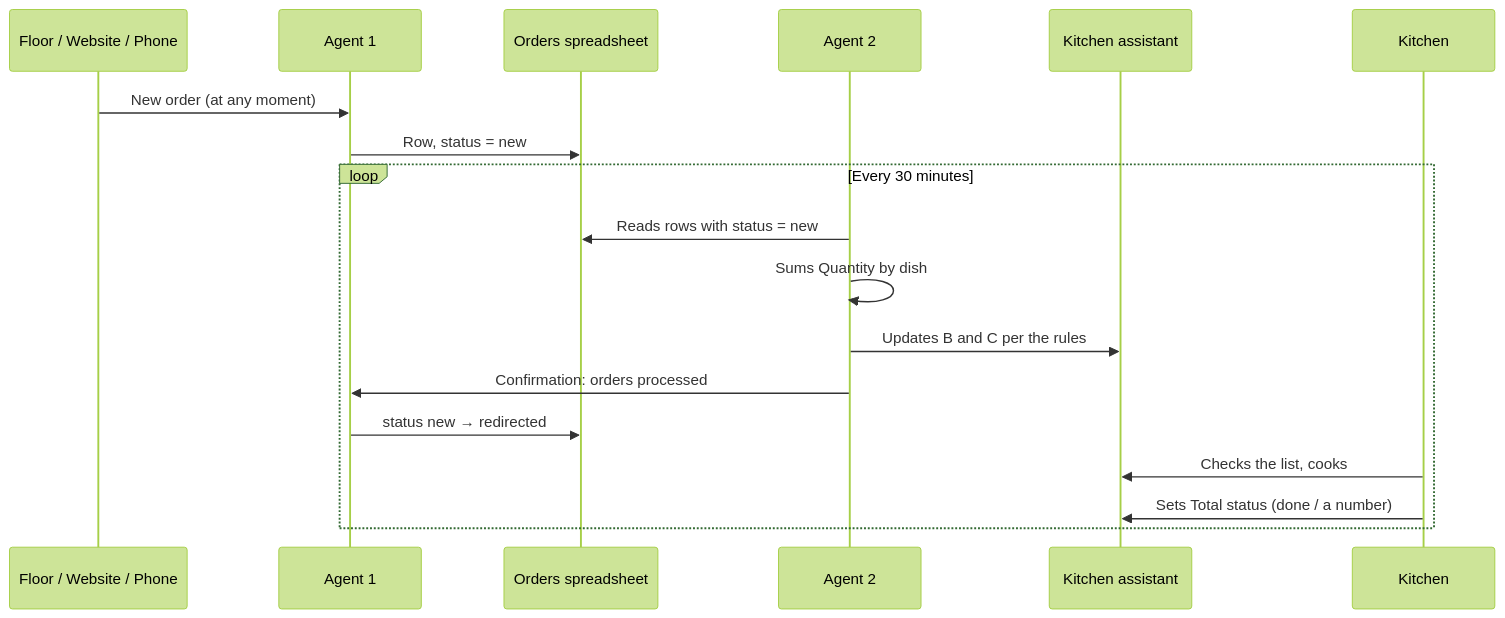
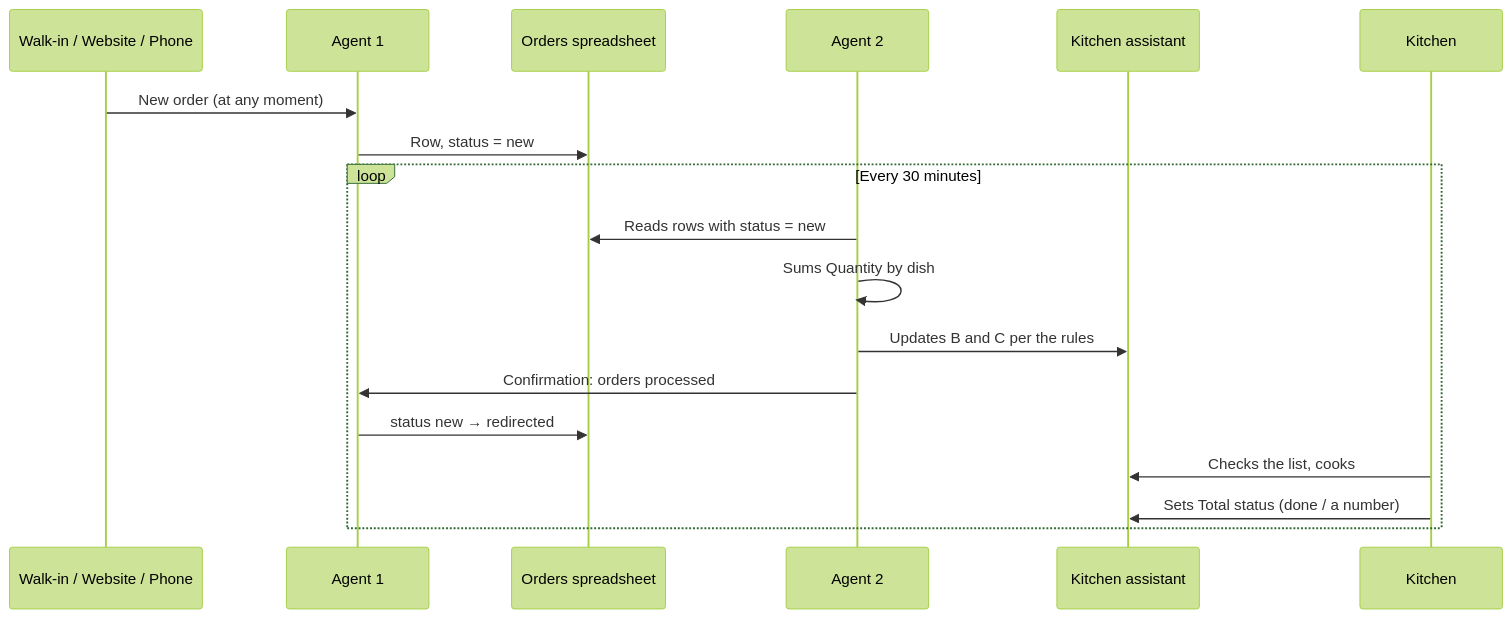
One commit to Vita-Victory/customer-service-kitchen-assistant changed the second of 2 diagrams in docs/02-architecture.md. Above: the diagram before and after it, drawn with Mermaid (forest theme). The commit also changed 3 other files, not shown here.

First line of the commit message:
Rename "floor" to "walk-in" and redesign showcase as bold corporate site

````diff
--- a/docs/02-architecture.md
+++ b/docs/02-architecture.md
@@ -74,22 +74,22 @@
 ```mermaid
 sequenceDiagram
-    participant W as Floor / Website / Phone
+    participant W as Walk-in / Website / Phone
     participant A1 as Agent 1
     participant OS as Orders spreadsheet
     participant A2 as Agent 2
     participant KS as Kitchen assistant
     participant K as Kitchen
 
     W->>A1: New order (at any moment)
     A1->>OS: Row, status = new
 
     loop Every 30 minutes
         A2->>OS: Reads rows with status = new
         A2->>A2: Sums Quantity by dish
         A2->>KS: Updates B and C per the rules
         A2->>A1: Confirmation: orders processed
         A1->>OS: status new → redirected
         K->>KS: Checks the list, cooks
         K->>KS: Sets Total status (done / a number)
     end
 ```
````
